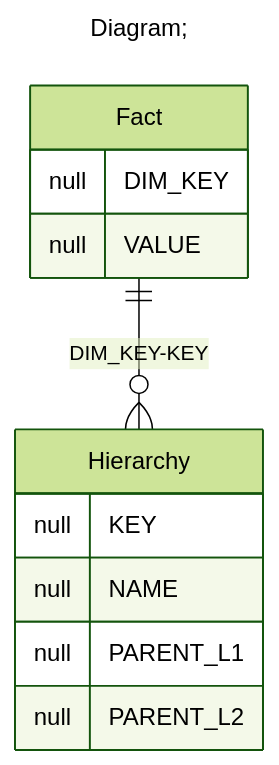
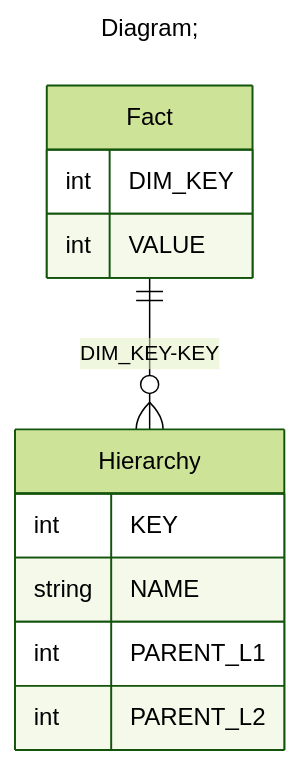
One commit to xmla-services/workground changed the third of 3 diagrams in demo/server/catalogs/min_Level_Column_parent_child/README.MD. Above: the diagram before and after it, drawn with Mermaid (forest theme). The commit also changed other lines of this file and 33 other files, not shown here.

````diff
--- a/demo/server/catalogs/min_Level_Column_parent_child/README.MD
+++ b/demo/server/catalogs/min_Level_Column_parent_child/README.MD
@@ -99,18 +98,18 @@
 ```mermaid
 ---
 title: Diagram;
 ---
 erDiagram
 Fact{
-null DIM_KEY
-null VALUE
+int DIM_KEY
+int VALUE
 }
 Hierarchy{
-null KEY
-null NAME
-null PARENT_L1
-null PARENT_L2
+int KEY
+string NAME
+int PARENT_L1
+int PARENT_L2
 }
 
 "Fact" ||--o{ "Hierarchy" : "DIM_KEY-KEY"
 ```
````
